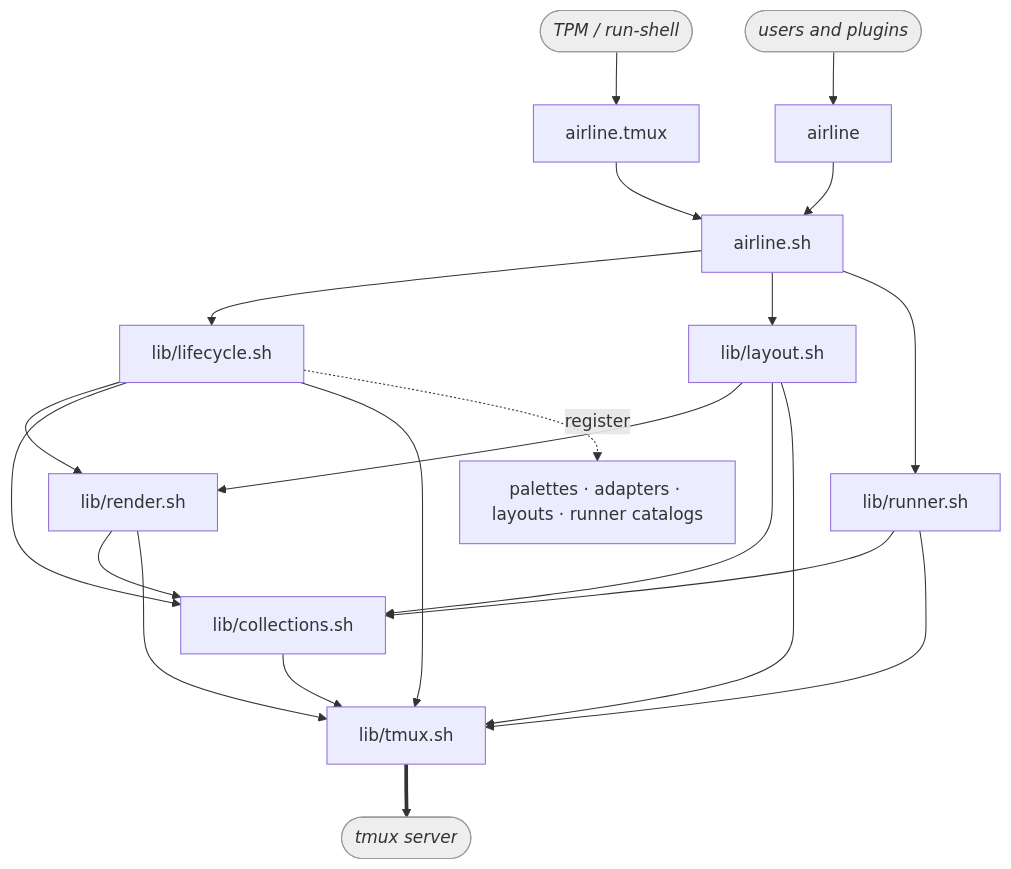
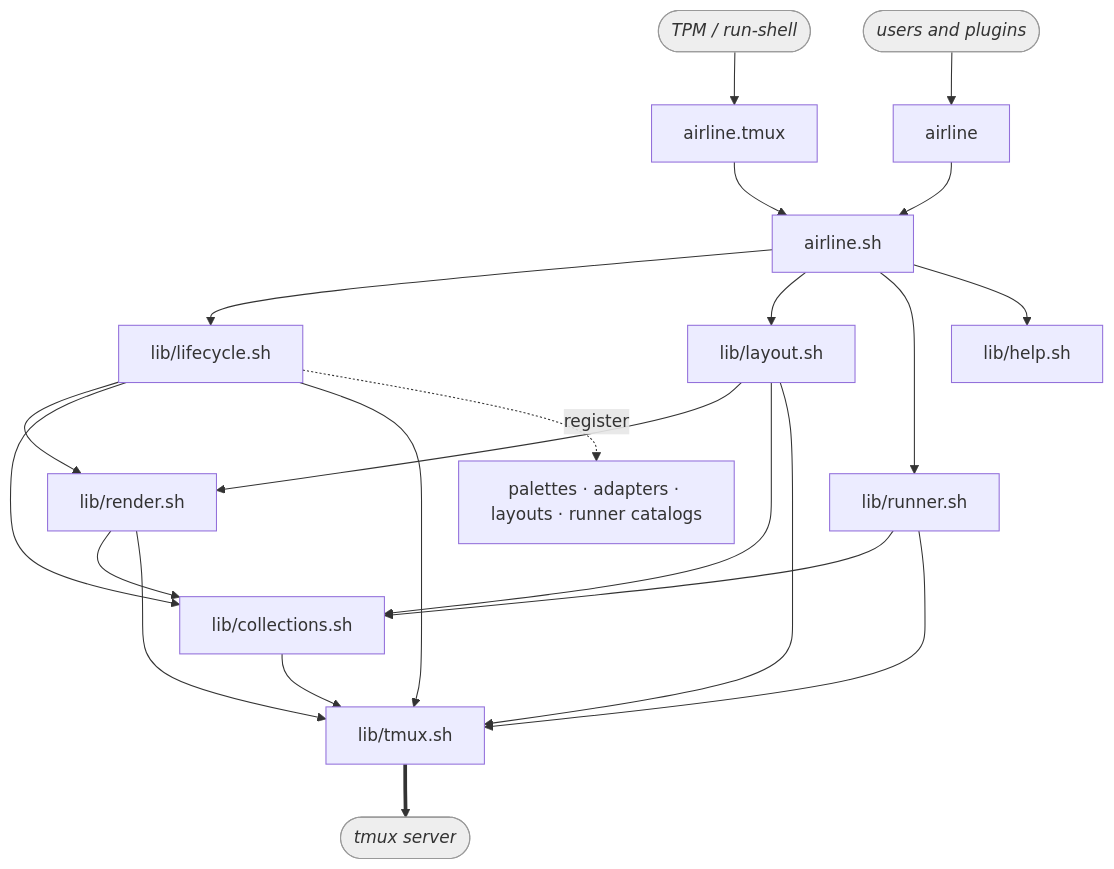
One commit to andrewjstryker/tmux-airline changed the first of 2 diagrams in DESIGN.md. Above: the diagram before and after it, drawn with Mermaid. The commit also changed other lines of this file and 9 other files, not shown here.

````diff
--- a/DESIGN.md
+++ b/DESIGN.md
@@ -55,25 +56,26 @@
 ```mermaid
 graph TD
     TPM([TPM / run-shell]):::ext --> ENTRY[airline.tmux]
     EXT([users and plugins]):::ext --> SHIM[airline]
     ENTRY --> CLI[airline.sh]
     SHIM --> CLI
     CLI --> LIFE[lib/lifecycle.sh]
     CLI --> LAYOUT[lib/layout.sh]
     CLI --> RUNNER[lib/runner.sh]
+    CLI --> HELP[lib/help.sh]
     LIFE --> LOGIC[lib/render.sh]
     LAYOUT --> LOGIC
     LIFE --> COLL[lib/collections.sh]
     LAYOUT --> COLL
     RUNNER --> COLL
     LOGIC --> COLL
     LIFE --> MECH[lib/tmux.sh]
     LAYOUT --> MECH
     RUNNER --> MECH
     LOGIC --> MECH
     COLL --> MECH
     LIFE -. register .-> FILES[palettes · adapters · layouts · runner catalogs]
     MECH ==> TMUX([tmux server]):::ext
 
     classDef ext fill:#eee,stroke:#999,color:#333,font-style:italic;
 ```
````
